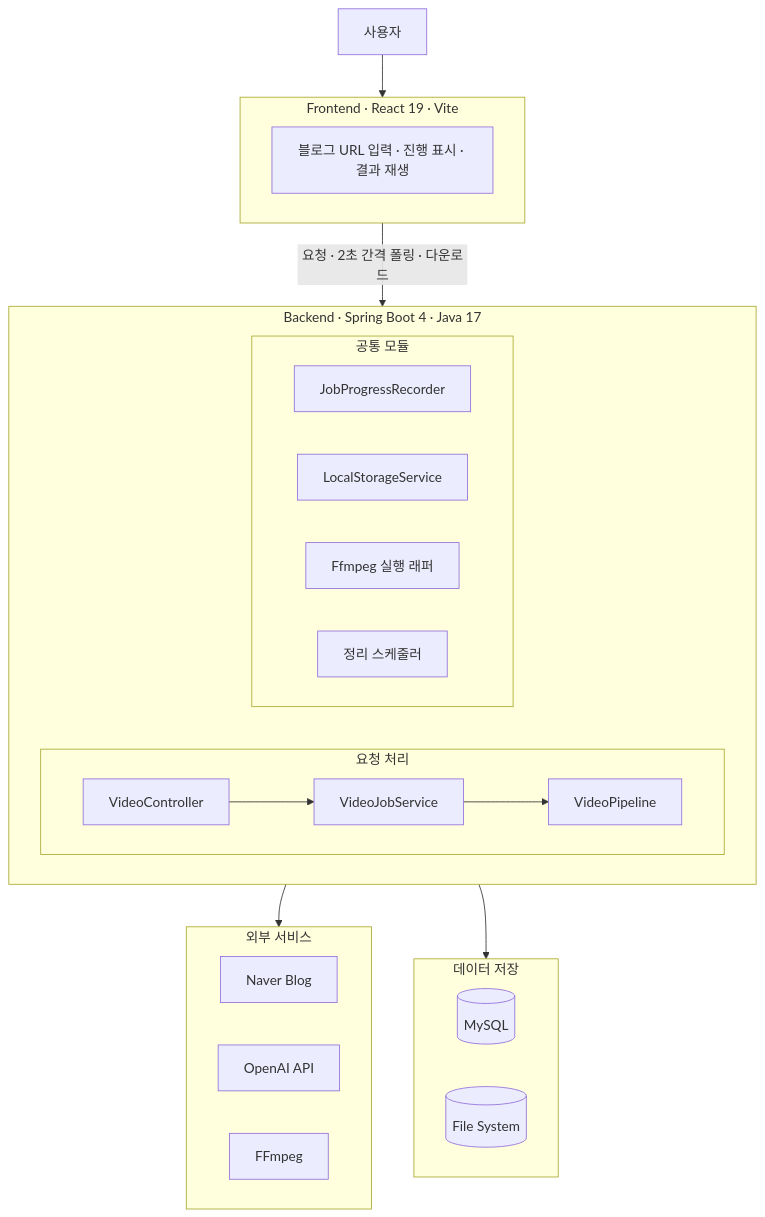
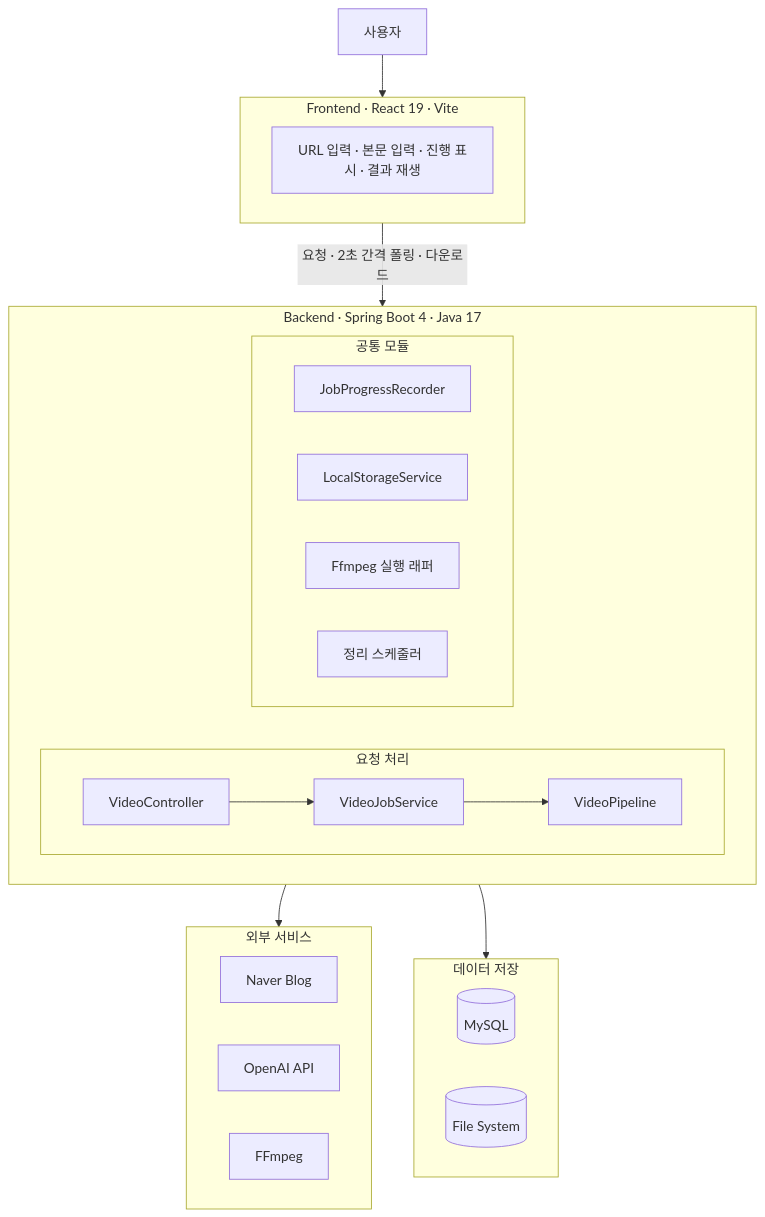
One commit to Reel-ay/Reelay changed the second of 2 diagrams in README.md. Above: the diagram before and after it, drawn with Mermaid. The commit also changed other lines of this file and 2 other files, not shown here.

````diff
--- a/README.md
+++ b/README.md
@@ -41,40 +70,40 @@
 ```mermaid
 flowchart TB
     User["사용자"]
 
     subgraph FE["Frontend · React 19 · Vite"]
-        UI["블로그 URL 입력 · 진행 표시 · 결과 재생"]
+        UI["URL 입력 · 본문 입력 · 진행 표시 · 결과 재생"]
     end
 
     subgraph BE["Backend · Spring Boot 4 · Java 17"]
         subgraph SVC["요청 처리"]
             direction LR
             API["VideoController"] --> JOB["VideoJobService"] --> PIPE["VideoPipeline"]
         end
         subgraph COMMON["공통 모듈"]
             direction LR
             REC["JobProgressRecorder"]
             STORE["LocalStorageService"]
             FFW["Ffmpeg 실행 래퍼"]
             CLEAN["정리 스케줄러"]
         end
     end
 
     subgraph EXT["외부 서비스"]
         direction LR
         NAVER["Naver Blog"]
         OPENAI["OpenAI API"]
         FFMPEG["FFmpeg"]
     end
 
     subgraph DATA["데이터 저장"]
         direction LR
         DB[("MySQL")]
         DISK[("File System")]
     end
 
     User --> FE
     FE -- "요청 · 2초 간격 폴링 · 다운로드" --> BE
     BE --> EXT
     BE --> DATA
 ```
````
